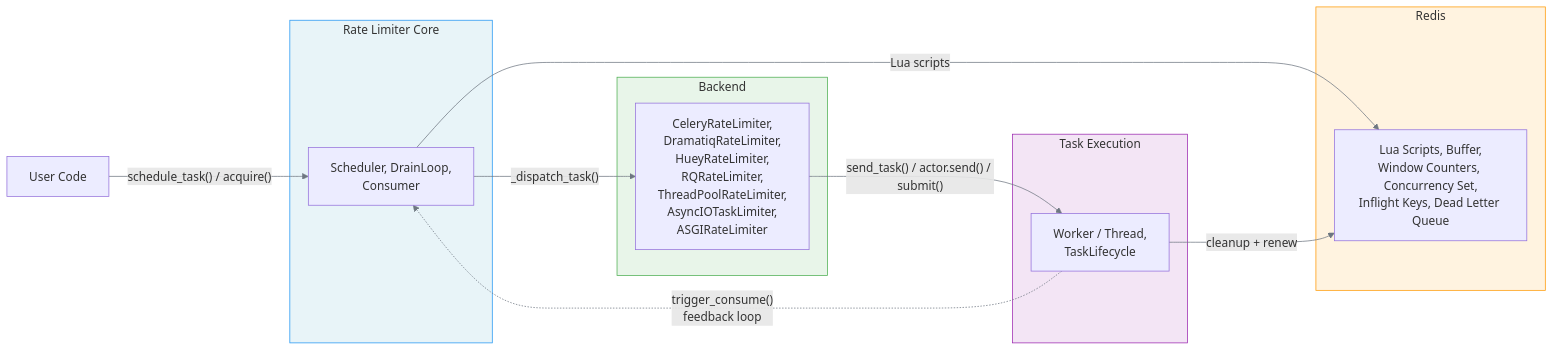
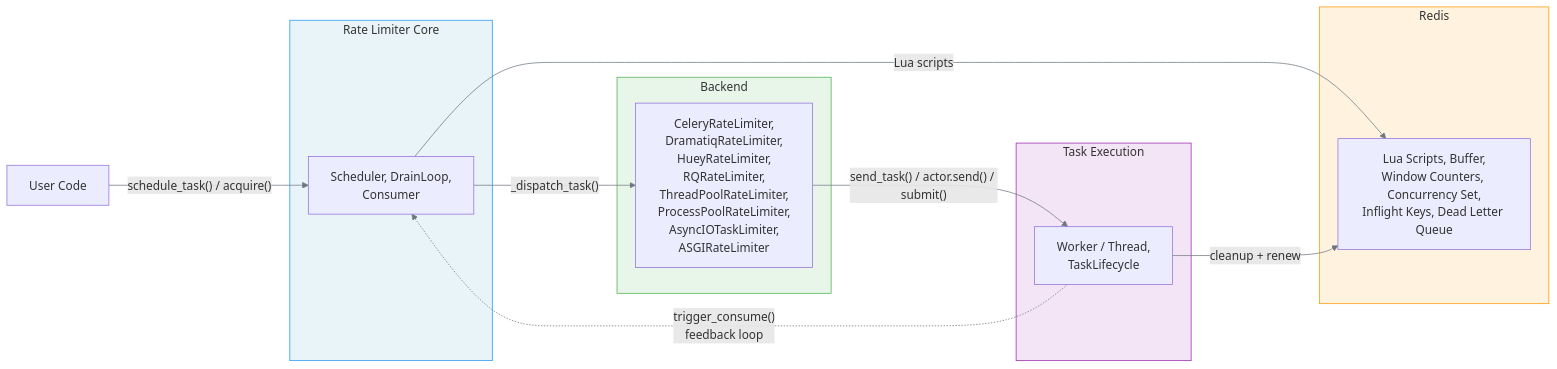
The first of 5 diagrams in docs/architecture/components.md (melroy999/redis-rate-limiter), drawn with Mermaid before and after one commit. The commit also changed other lines of this file and 20 other files, not shown here.

````diff
--- a/docs/architecture/components.md
+++ b/docs/architecture/components.md
@@ -13,33 +13,33 @@
 ```mermaid
 %%{init: {"theme": "default", "themeVariables": {"lineColor": "#6e7781"}}}%%
 graph LR
     User["User Code"]
 
     subgraph Limiter ["Rate Limiter Core"]
         LimiterBlock["Scheduler, DrainLoop,<br>Consumer"]
     end
 
     subgraph RedisLayer ["Redis"]
         RedisBlock["Lua Scripts, Buffer,<br>Window Counters, Concurrency Set,<br>Inflight Keys, Dead Letter Queue"]
     end
 
     subgraph Backends ["Backend"]
-        BackendBlock["CeleryRateLimiter,<br>DramatiqRateLimiter,<br>HueyRateLimiter,<br>RQRateLimiter,<br>ThreadPoolRateLimiter,<br>AsyncIOTaskLimiter,<br>ASGIRateLimiter"]
+        BackendBlock["CeleryRateLimiter,<br>DramatiqRateLimiter,<br>HueyRateLimiter,<br>RQRateLimiter,<br>ThreadPoolRateLimiter,<br>ProcessPoolRateLimiter,<br>AsyncIOTaskLimiter,<br>ASGIRateLimiter"]
     end
 
     subgraph Execution ["Task Execution"]
         ExecBlock["Worker / Thread,<br>TaskLifecycle"]
     end
 
     User -->|"schedule_task() / acquire()"| LimiterBlock
     LimiterBlock -->|"Lua scripts"| RedisBlock
     LimiterBlock -->|"_dispatch_task()"| BackendBlock
     BackendBlock -->|"send_task() / actor.send() / submit()"| ExecBlock
     ExecBlock -->|"cleanup + renew"| RedisBlock
     ExecBlock -.->|"trigger_consume()<br>feedback loop"| LimiterBlock
 
     style Limiter fill:#e8f4f8,stroke:#2196F3
     style RedisLayer fill:#fff3e0,stroke:#FF9800
     style Backends fill:#e8f5e9,stroke:#4CAF50
     style Execution fill:#f3e5f5,stroke:#9C27B0
 ```
````
